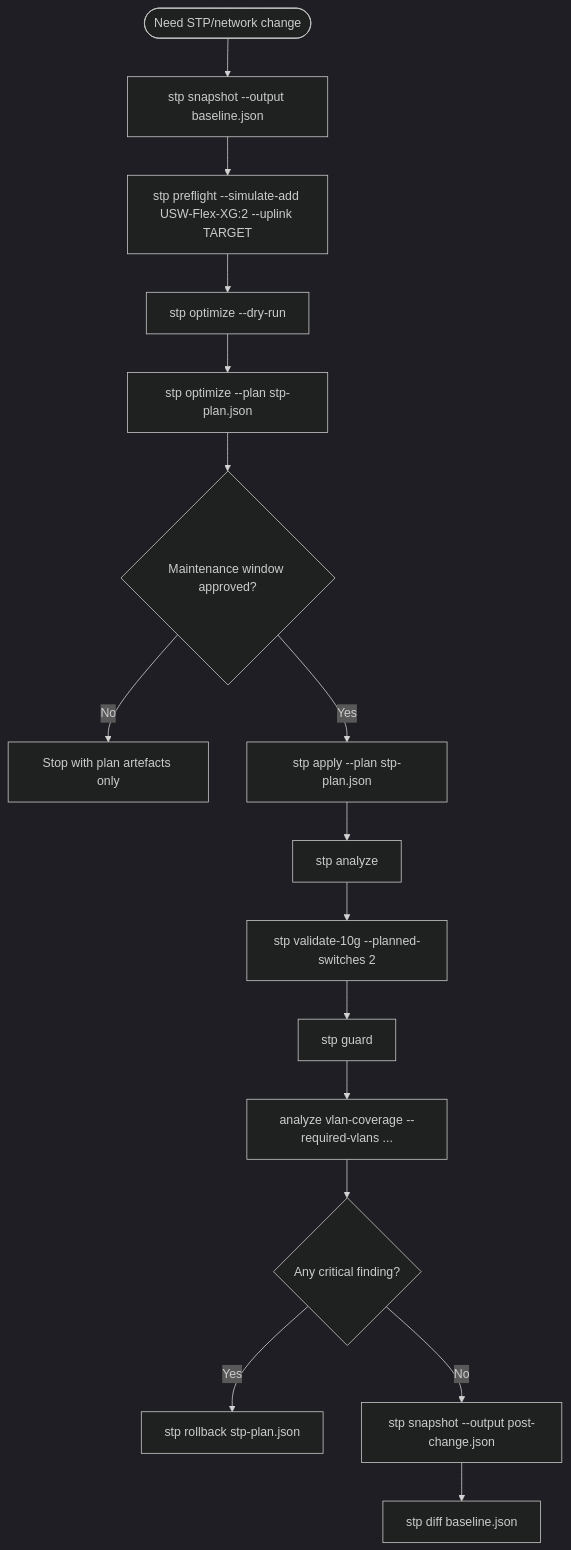
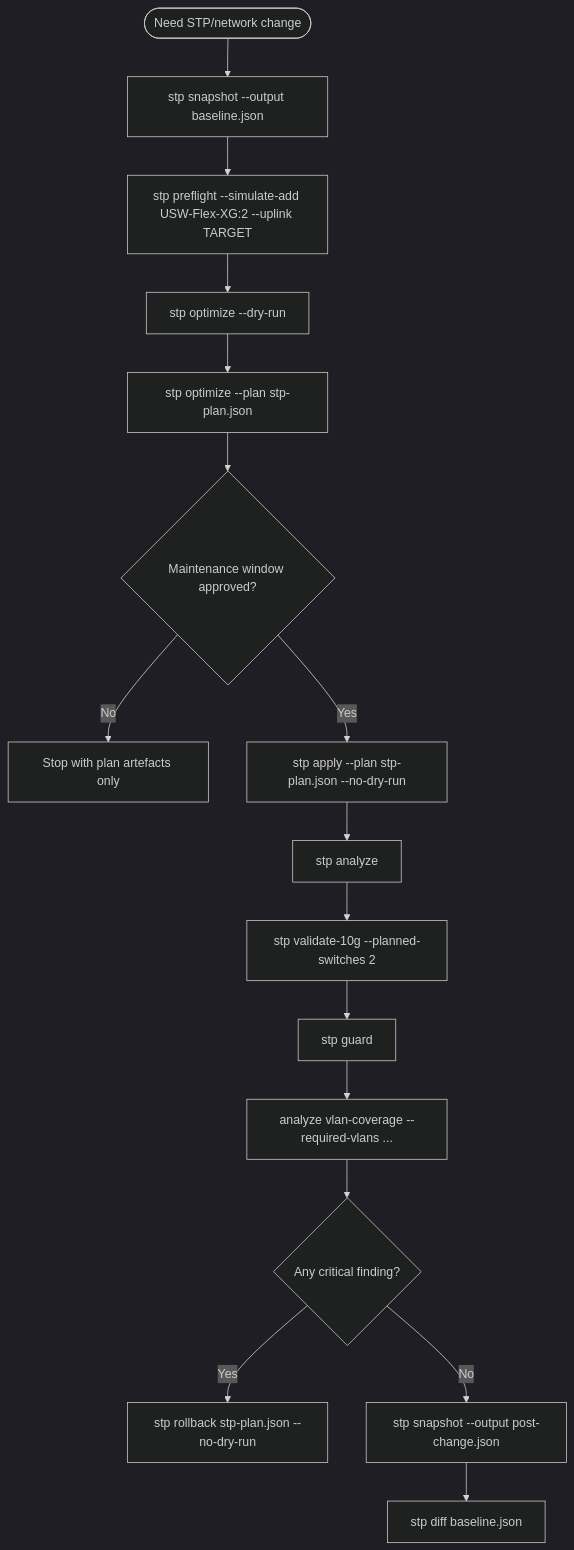
Before and after one commit to NetDevAutomate/unifi_management_cli: diagram 19 of 20 in docs/guides/use-cases-and-howto.md, drawn with Mermaid (dark theme). The commit also changed other lines of this file and 4 other files, not shown here.

First line of the commit message:
docs: say that stp apply and stp rollback preview unless --no-dry-run

````diff
--- a/docs/guides/use-cases-and-howto.md
+++ b/docs/guides/use-cases-and-howto.md
@@ -1644,18 +1644,18 @@
 ```mermaid
 flowchart TD
     A([Need STP/network change]) --> B[stp snapshot --output baseline.json]
     B --> C[stp preflight --simulate-add USW-Flex-XG:2 --uplink TARGET]
     C --> D[stp optimize --dry-run]
     D --> E[stp optimize --plan stp-plan.json]
     E --> F{Maintenance window approved?}
     F -->|No| G[Stop with plan artefacts only]
-    F -->|Yes| H[stp apply --plan stp-plan.json]
+    F -->|Yes| H[stp apply --plan stp-plan.json --no-dry-run]
     H --> I[stp analyze]
     I --> J[stp validate-10g --planned-switches 2]
     J --> K[stp guard]
     K --> L[analyze vlan-coverage --required-vlans ...]
     L --> M{Any critical finding?}
-    M -->|Yes| N[stp rollback stp-plan.json]
+    M -->|Yes| N[stp rollback stp-plan.json --no-dry-run]
     M -->|No| O[stp snapshot --output post-change.json]
     O --> P[stp diff baseline.json]
 ```
````
